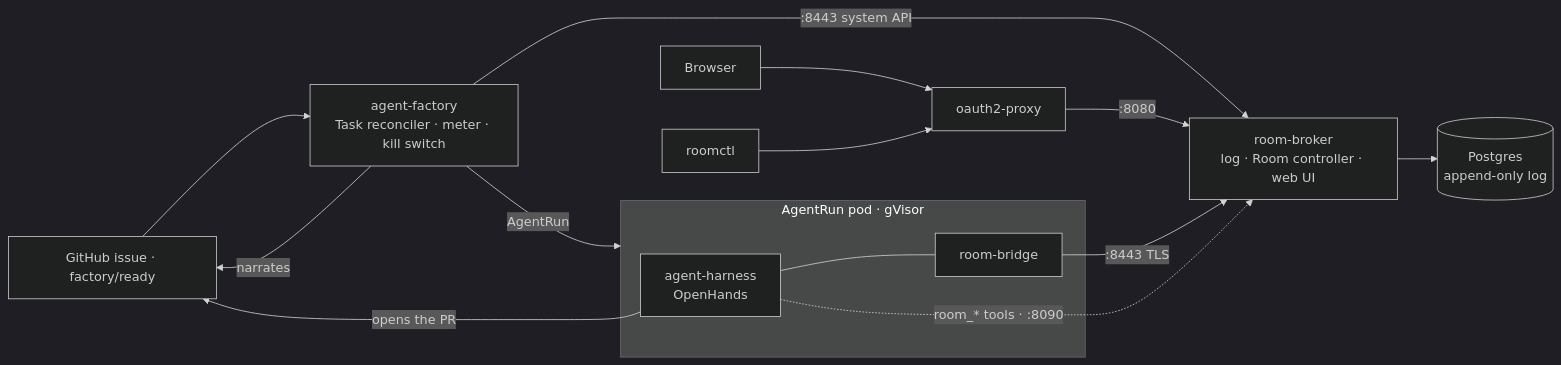
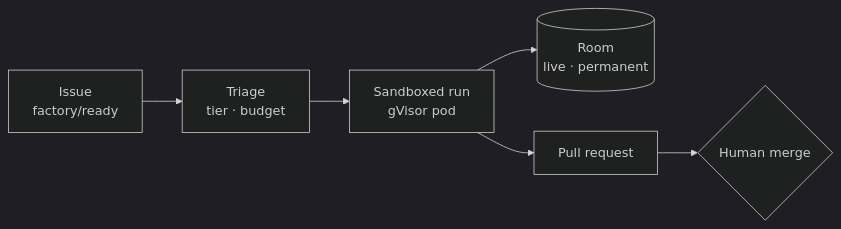
The diagram in README.md (Smana/agent-platform), drawn with Mermaid (dark theme) before and after one commit. The commit also changed other lines of this file and 2 other files, not shown here.

Commit message:
docs: the README as a landing page, with a live demo

````diff
--- a/README.md
+++ b/README.md
@@ -36,17 +36,6 @@
 ```mermaid
 flowchart LR
-  gh[GitHub issue · factory/ready] --> factory[agent-factory<br/>Task reconciler · meter · kill switch]
-  factory -->|AgentRun| run
-  subgraph run["AgentRun pod · gVisor"]
-    harness[agent-harness<br/>OpenHands] --- bridge[room-bridge]
-  end
-  bridge -->|":8443 TLS"| broker[room-broker<br/>log · Room controller · web UI]
-  factory -->|":8443 system API"| broker
-  broker --> pg[("Postgres<br/>append-only log")]
-  human[Browser] --> proxy[oauth2-proxy]
-  cli[roomctl] --> proxy
-  proxy -->|":8080"| broker
-  harness -.->|"room_* tools · :8090"| broker
-  harness -->|opens the PR| gh
-  factory -->|narrates| gh
+  issue["Issue<br/>factory/ready"] --> triage["Triage<br/>tier · budget"] --> run["Sandboxed run<br/>gVisor pod"]
+  run --> room[("Room<br/>live · permanent")]
+  run --> pr["Pull request"] --> merge{"Human merge"}
 ```
````
